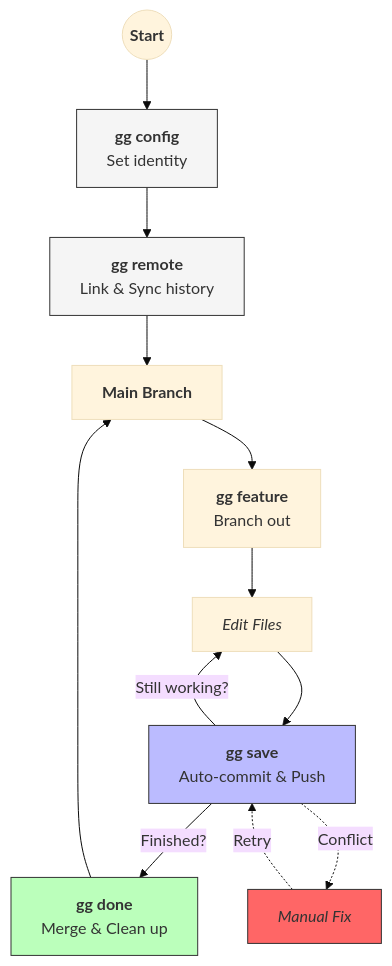
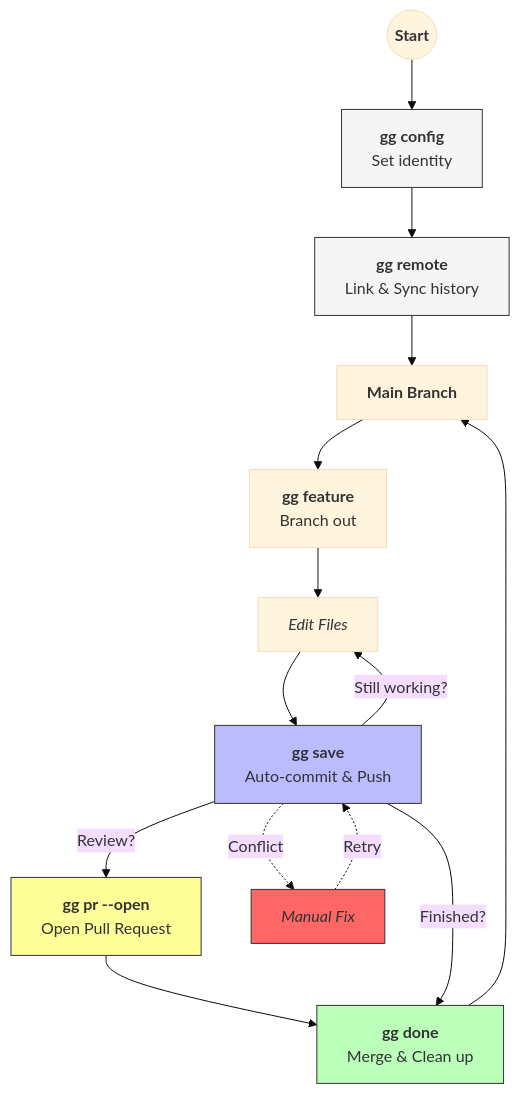
One commit to margual56/gg changed the diagram in README.md. Above: the diagram before and after it, drawn with Mermaid (base theme). The commit also changed other lines of this file and 5 other files, not shown here.

````diff
--- a/README.md
+++ b/README.md
@@ -16,28 +16,31 @@
 ```mermaid
 graph TD
     Start((<b>Start</b>)) --> Config["<b>gg config</b><br/>Set identity"]
     Config --> Remote["<b>gg remote</b><br/>Link & Sync history"]
     
     Remote --> Main[<b>Main Branch</b>]
     
     Main --> Feature["<b>gg feature</b><br/>Branch out"]
     
     Feature --> Code[<i>Edit Files</i>]
     
     Code --> Save["<b>gg save</b><br/>Auto-commit & Push"]
     
     Save -- "Still working?" --> Code
+    Save -- "Review?" --> PR["<b>gg pr --open</b><br/>Open Pull Request"]
+    PR --> Done
     Save -- "Finished?" --> Done["<b>gg done</b><br/>Merge & Clean up"]
     
     Done --> Main
 
     %% Error Handling
     Save -. "Conflict" .-> Fix[<i>Manual Fix</i>]
     Fix -. "Retry" .-> Save
 
     style Config fill:#f5f5f5,stroke:#333
     style Remote fill:#f5f5f5,stroke:#333
     style Save fill:#bbf,stroke:#333
+    style PR fill:#ff9,stroke:#333
     style Done fill:#bfb,stroke:#333
     style Fix fill:#f66,stroke:#333
 ```
````
